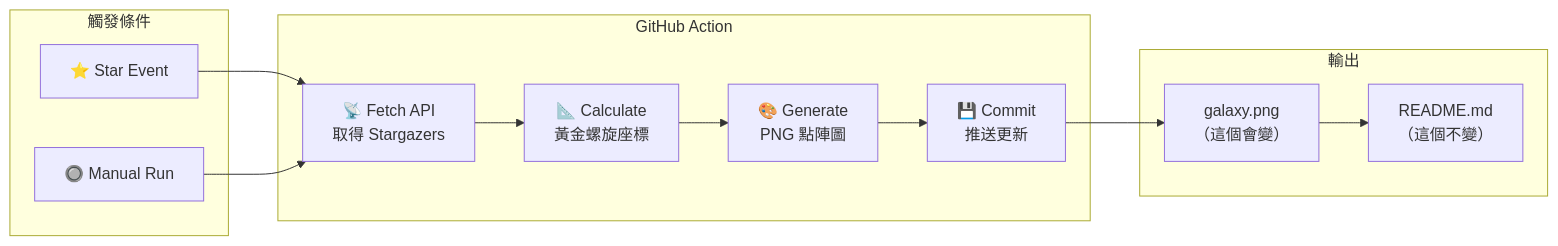
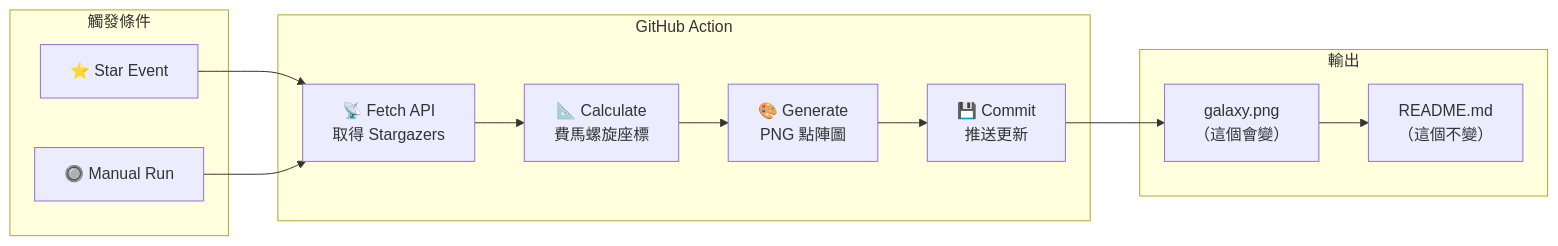
One commit to tznthou/day-19-stargazer-galaxy changed the diagram in README.md. Above: the diagram before and after it, drawn with Mermaid. The commit also changed other lines of this file and 2 other files, not shown here.

````diff
--- a/README.md
+++ b/README.md
@@ -93,24 +93,24 @@
 ```mermaid
 flowchart LR
     subgraph Trigger["觸發條件"]
         Star["⭐ Star Event"]
         Manual["🔘 Manual Run"]
     end
 
     subgraph Action["GitHub Action"]
         Fetch["📡 Fetch API<br/>取得 Stargazers"]
-        Calc["📐 Calculate<br/>黃金螺旋座標"]
+        Calc["📐 Calculate<br/>費馬螺旋座標"]
         Gen["🎨 Generate<br/>PNG 點陣圖"]
         Commit["💾 Commit<br/>推送更新"]
     end
 
     subgraph Output["輸出"]
         PNG["galaxy.png<br/>（這個會變）"]
         README["README.md<br/>（這個不變）"]
     end
 
     Star --> Fetch
     Manual --> Fetch
     Fetch --> Calc --> Gen --> Commit
     Commit --> PNG --> README
 ```
````
